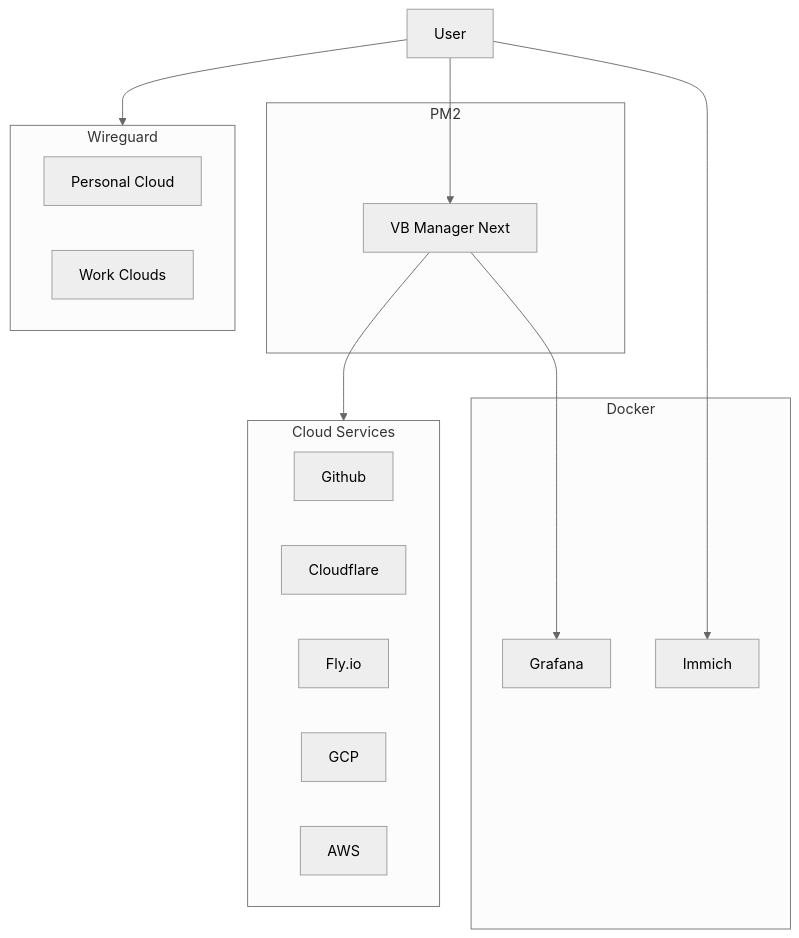
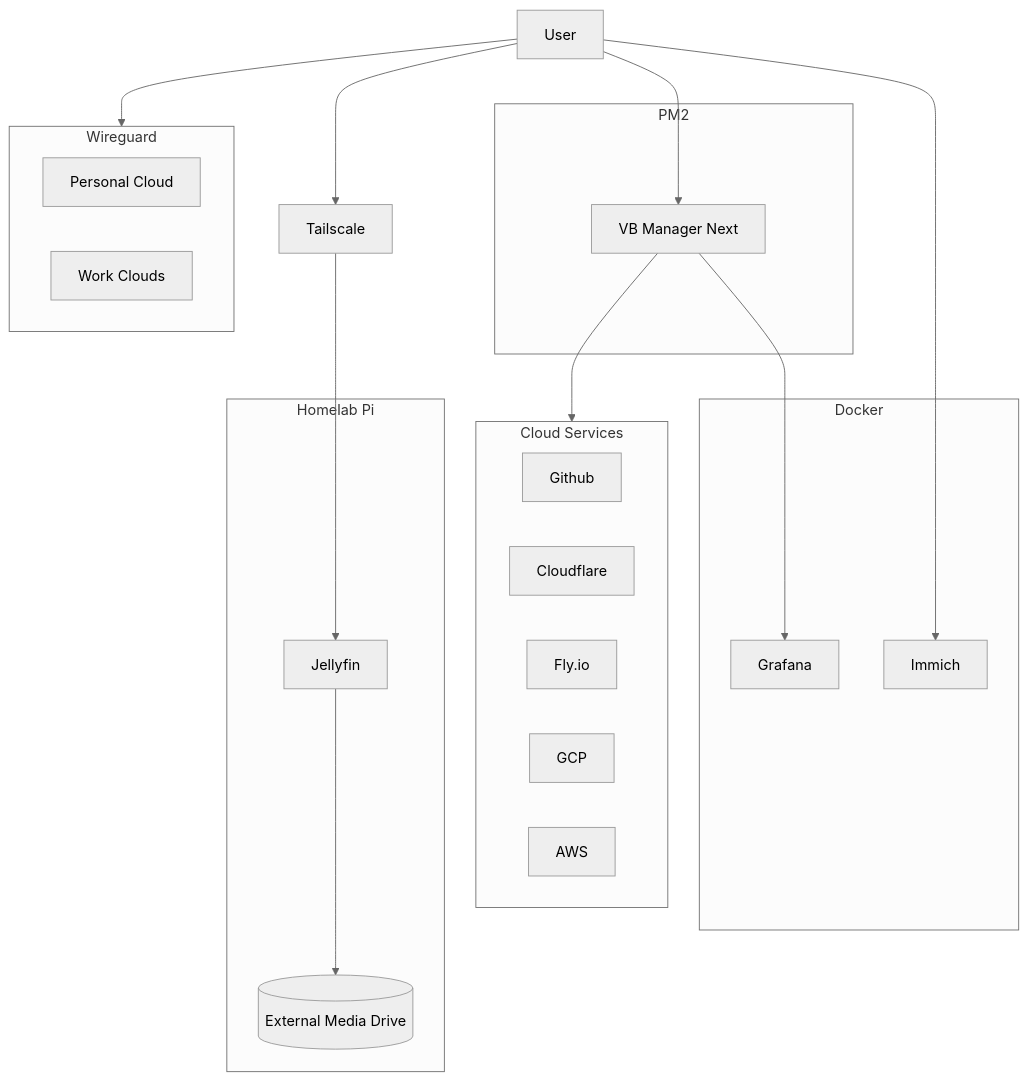
Before and after one commit to iamharryliu/vigilant-broccoli: the first of 5 diagrams in docs/infrastructure/infrastructure.md, drawn with Mermaid (neutral theme). The commit also changed 43 other files, not shown here.

Commit message:
infrastructure(jellyfin-pi): Provision the homelab media server as code so a dead Pi is a re-run, not a weekend of clicking.

````diff
--- a/docs/infrastructure/infrastructure.md
+++ b/docs/infrastructure/infrastructure.md
@@ -12,33 +12,40 @@
 ```mermaid
 flowchart
 USER[User]
 
 subgraph DOCKER[Docker]
   GRAFANA[Grafana]
   IMMICH[Immich]
 end
 
 subgraph PM2
   VB_MANAGER_NEXT[VB Manager Next]
 end
 
 subgraph CLOUD_SERVICES[Cloud Services]
   GITHUB[Github]
   CLOUDFLARE[Cloudflare]
   FLY_IO[Fly.io]
   GCP[GCP]
   AWS[AWS]
 end
 
 subgraph WIREGUARD[Wireguard]
   PERSONAL_CLOUD[Personal Cloud]
   WORK_CLOUDS[Work Clouds]
 end
 
+subgraph HOMELAB_PI[Homelab Pi]
+  JELLYFIN[Jellyfin]
+  MEDIA_DRIVE[(External Media Drive)]
+  JELLYFIN-->MEDIA_DRIVE
+end
+
 VB_MANAGER_NEXT-->CLOUD_SERVICES
 VB_MANAGER_NEXT-->GRAFANA
 
 USER-->WIREGUARD
+USER-->TAILSCALE[Tailscale]-->JELLYFIN
 USER-->VB_MANAGER_NEXT
 USER-->IMMICH
 ```
````
